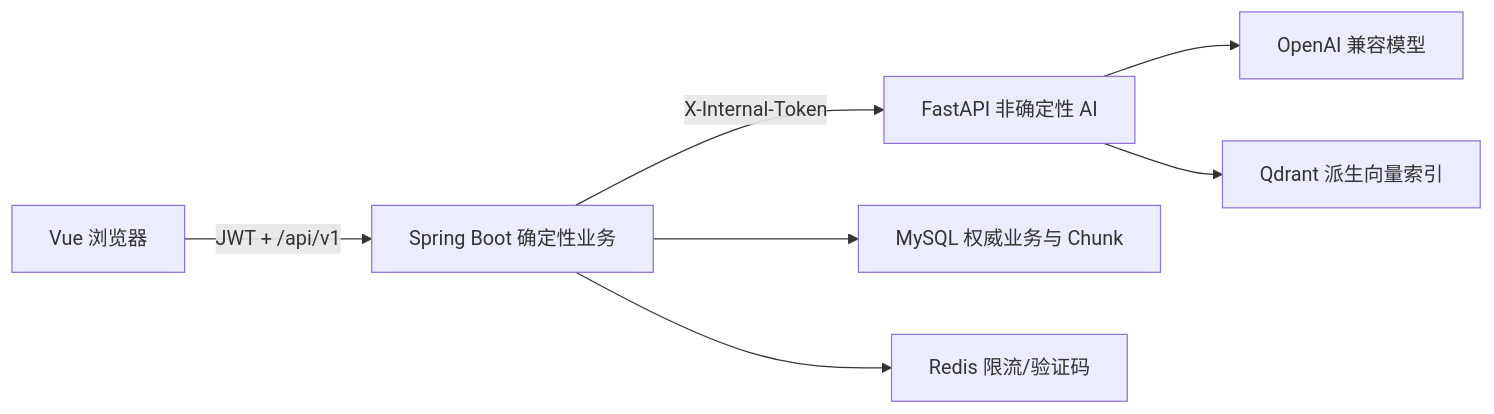
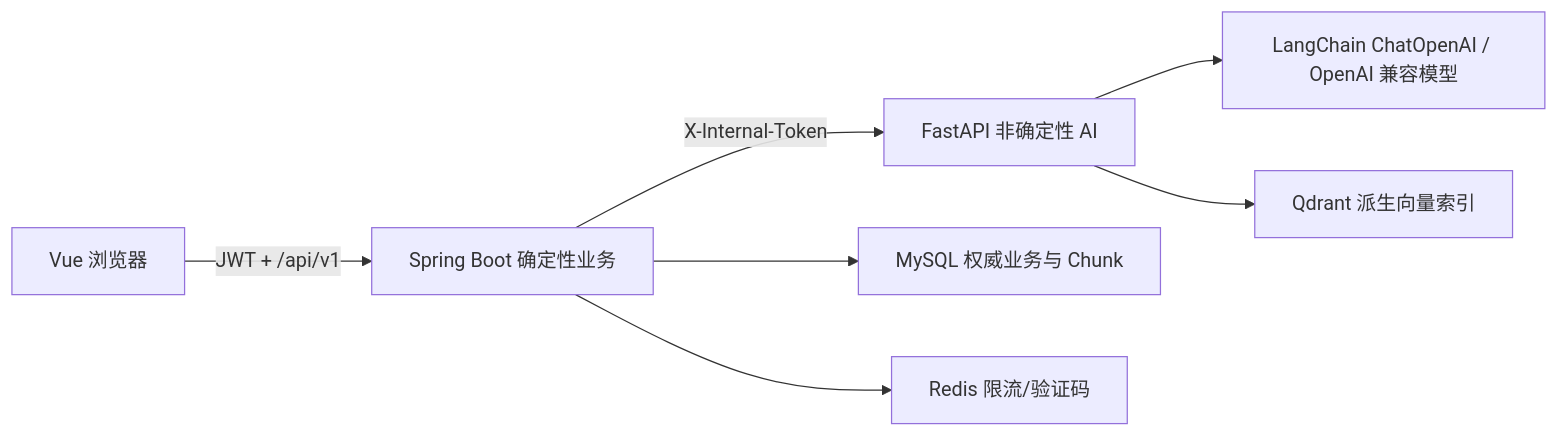
The first of 2 diagrams in docs/architecture.md (AlanHaH/LAgent), drawn with Mermaid before and after one commit. The commit also changed other lines of this file and 238 other files, not shown here.

````diff
--- a/docs/architecture.md
+++ b/docs/architecture.md
@@ -15,9 +16,9 @@
 ```mermaid
 flowchart LR
     UI["Vue 浏览器"] -->|"JWT + /api/v1"| JAVA["Spring Boot 确定性业务"]
     JAVA -->|"X-Internal-Token"| PY["FastAPI 非确定性 AI"]
     JAVA --> MYSQL["MySQL 权威业务与 Chunk"]
     JAVA --> REDIS["Redis 限流/验证码"]
-    PY --> LLM["OpenAI 兼容模型"]
+    PY --> LLM["LangChain ChatOpenAI / OpenAI 兼容模型"]
     PY --> QD["Qdrant 派生向量索引"]
 ```
````
